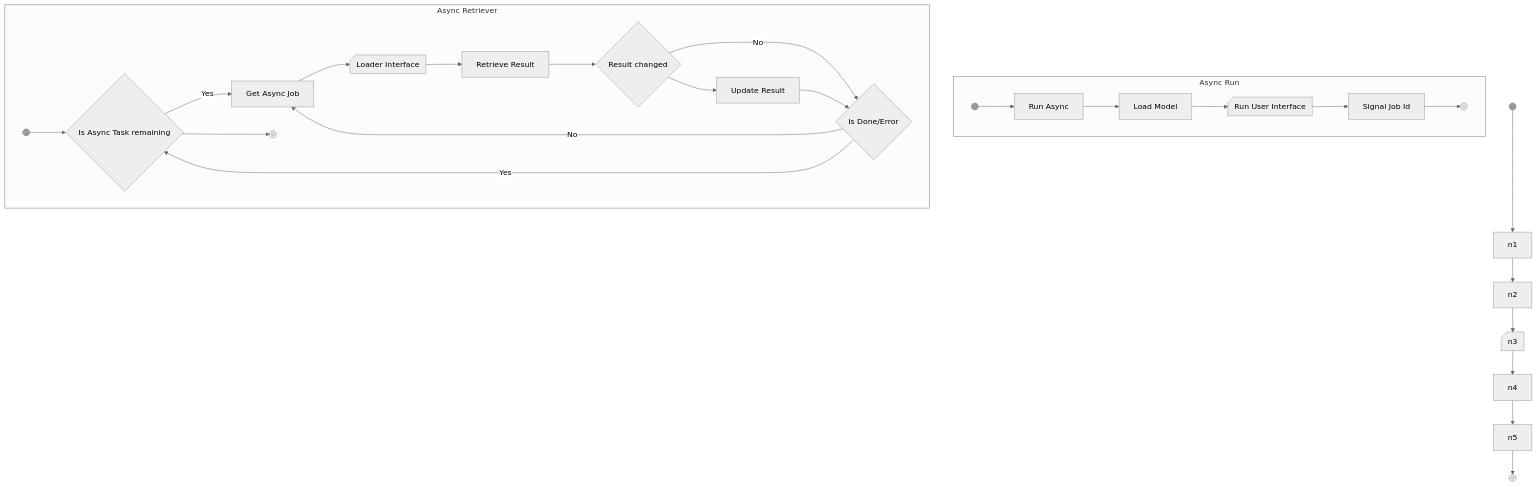
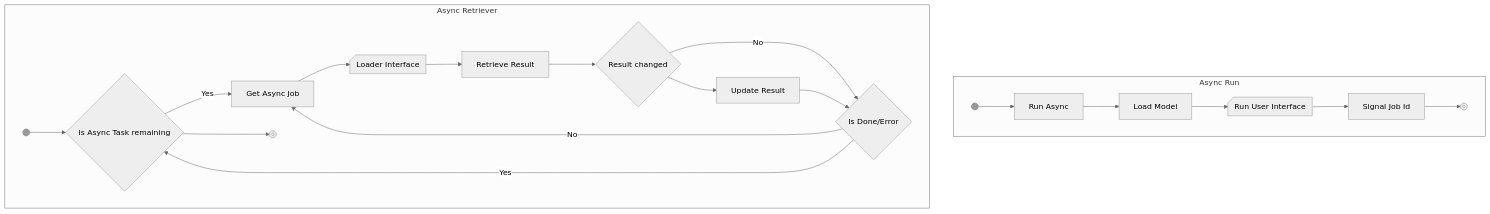
Before and after one commit to aqarios/luna-bench: the fourth of 5 diagrams in docs/high-level-architecture.md, drawn with Mermaid (neutral theme).

Commit message:
Update high-level architecture documentation for better clarity and removed outdated diagrams

````diff
--- a/docs/high-level-architecture.md
+++ b/docs/high-level-architecture.md
@@ -168,58 +168,53 @@
 ```mermaid
 flowchart TD
  subgraph s1["Async Run"]
         n7["Run Async"]
         n8["Load Model"]
         n9["Run User Interface"]
         n10["Signal Job Id"]
         n30["Filled Circle"]
         n32["Frames Circle"]
   end
  subgraph s3["Async Retriever"]
         n26["Filled Circle"]
         n18["Is Async Task remaining"]
         n25["Frames Circle"]
         n22["Get Async Job"]
         n23["Loader Interface"]
         n19["Retrieve Result"]
         n20["Is Done/Error"]
         n27["Result changed"]
         n28["Update Result"]
   end
-    n1 --> n2
-    n2 --> n3
-    n3 --> n4
-    n4 --> n5
     n7 --> n8
     n8 --> n9
     n9 --> n10
     n18 -- Yes --> n22
     n22 --> n23
     n23 --> n19
     n20 -- Yes --> n18
     n20 -- No --> n22
     n18 --> n25
     n26 --> n18
     n19 --> n27
     n27 -- No --> n20
     n27 --> n28
     n28 --> n20
-    n29 --> n1
     n30 --> n7
-    n5 --> n31
     n10 --> n32
+
     n9@{ shape: card}
     n30@{ shape: f-circ}
     n32@{ shape: fr-circ}
-    n3@{ shape: card}
-    n29@{ shape: f-circ}
-    n31@{ shape: fr-circ}
     n26@{ shape: f-circ}
     n18@{ shape: diam}
     n25@{ shape: fr-circ}
     n23@{ shape: card}
     n20@{ shape: diam}
     n27@{ shape: diam}
     n28@{ shape: rect}
 
+
+
+
 ```
````
